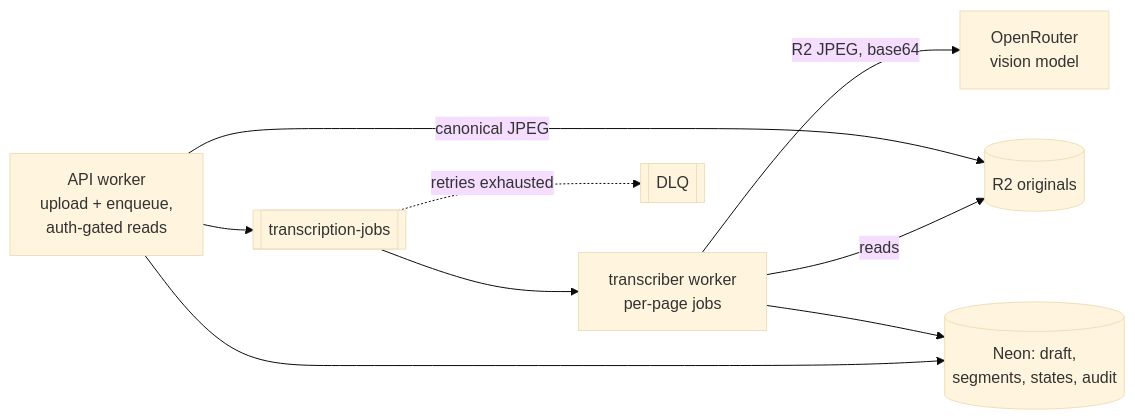
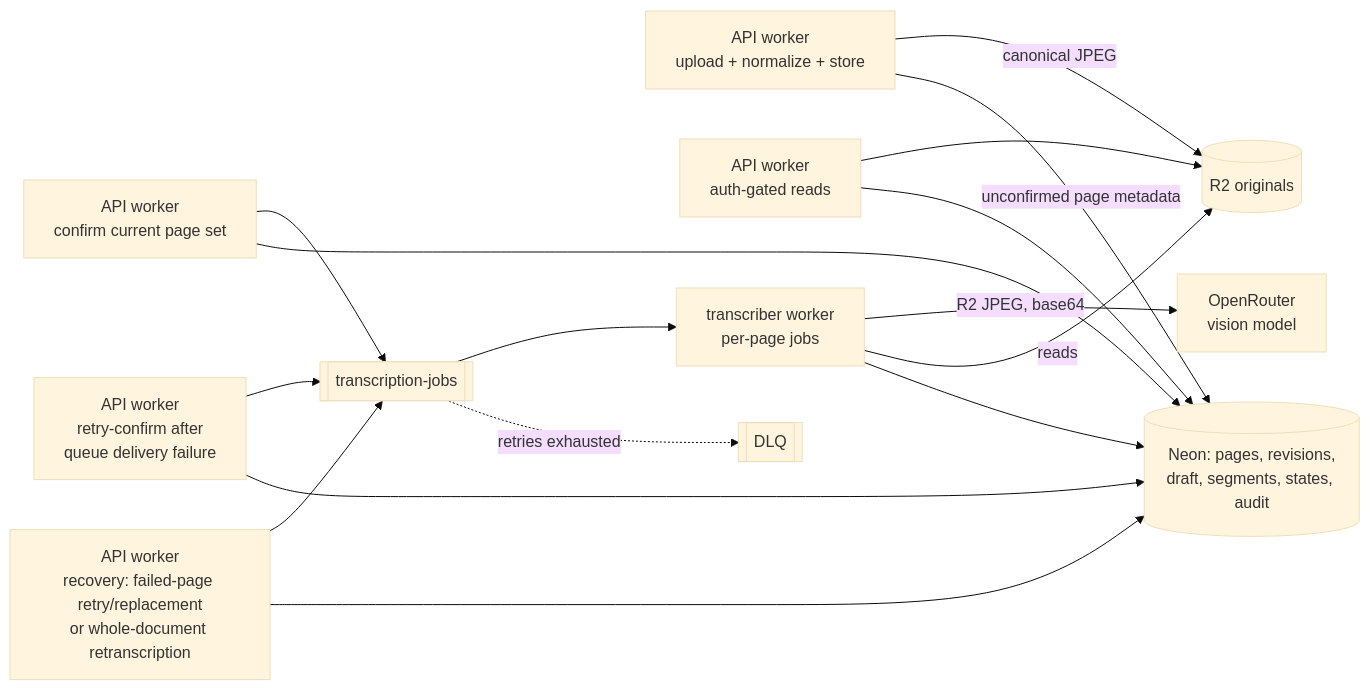
One commit to joseiciano/classprints changed the diagram in plan/assignment-reader/functional-spec.md. Above: the diagram before and after it, drawn with Mermaid (base theme). The commit also changed other lines of this file and 27 other files, not shown here.

````diff
--- a/plan/assignment-reader/functional-spec.md
+++ b/plan/assignment-reader/functional-spec.md
@@ -121,11 +162,18 @@
 ```mermaid
 flowchart LR
-    A[API worker<br/>upload + enqueue,<br/>auth-gated reads] --> Q[[transcription-jobs]]
-    A -- "canonical JPEG" --> R2[(R2 originals)]
+    U[API worker<br/>upload + normalize + store] -- "canonical JPEG" --> R2[(R2 originals)]
+    U -- "unconfirmed page metadata" --> DB[(Neon: pages, revisions,<br/>draft, segments, states, audit)]
+    C[API worker<br/>confirm current page set] --> Q[[transcription-jobs]]
+    RC[API worker<br/>retry-confirm after<br/>queue delivery failure] --> Q
+    REC[API worker<br/>recovery: failed-page retry/replacement<br/>or whole-document retranscription] --> Q
+    C --> DB
+    RC --> DB
+    REC --> DB
+    A[API worker<br/>auth-gated reads] --> R2
+    A --> DB
     Q --> T[transcriber worker<br/>per-page jobs]
     T -- "R2 JPEG, base64" --> O[OpenRouter<br/>vision model]
     T -- "reads" --> R2
-    T --> DB[(Neon: draft,<br/>segments, states, audit)]
-    A --> DB
-    Q -.retries exhausted.-> DLQ[[DLQ]]
+    T --> DB
+    Q -. retries exhausted .-> DLQ[[DLQ]]
 ```
````
